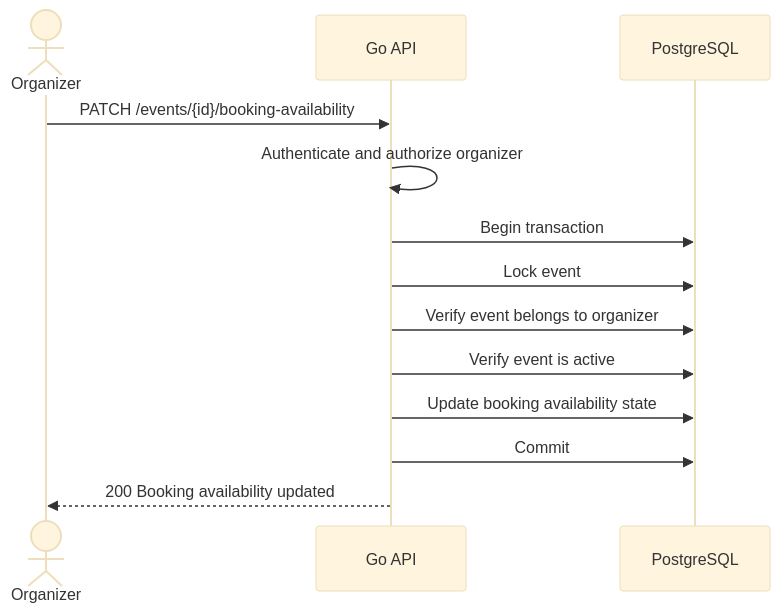
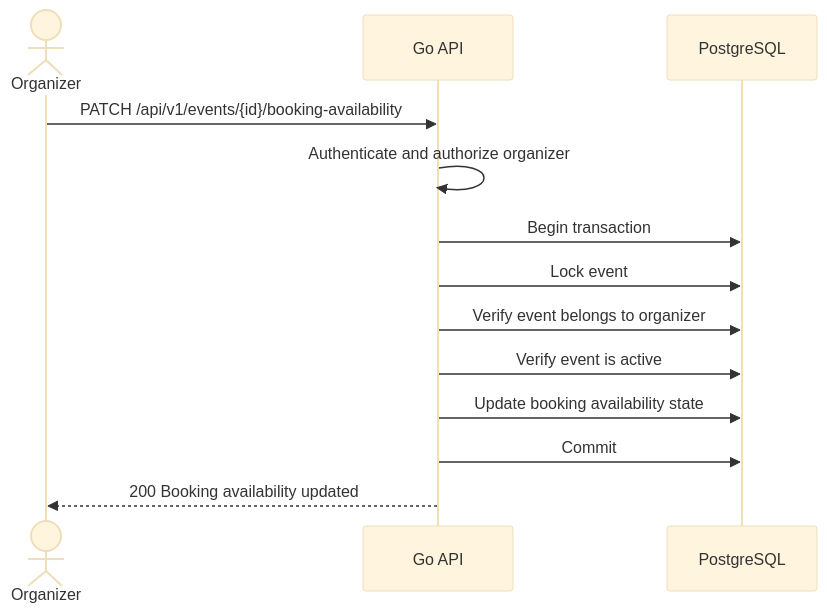
Before and after one commit to Punith1117/ticket-forge: the ninth of 15 diagrams in docs/sequence-diagrams.md, drawn with Mermaid (base theme). The commit also changed other lines of this file and 7 other files, not shown here.

````diff
--- a/docs/sequence-diagrams.md
+++ b/docs/sequence-diagrams.md
@@ -110,18 +341,18 @@
 ```mermaid
 sequenceDiagram
     actor O as Organizer
     participant API as Go API
     participant DB as PostgreSQL
 
-    O->>API: PATCH /events/{id}/booking-availability
+    O->>API: PATCH /api/v1/events/{id}/booking-availability
     API->>API: Authenticate and authorize organizer
 
     API->>DB: Begin transaction
     API->>DB: Lock event
     API->>DB: Verify event belongs to organizer
     API->>DB: Verify event is active
     API->>DB: Update booking availability state
     API->>DB: Commit
 
     API-->>O: 200 Booking availability updated
 ```
````
